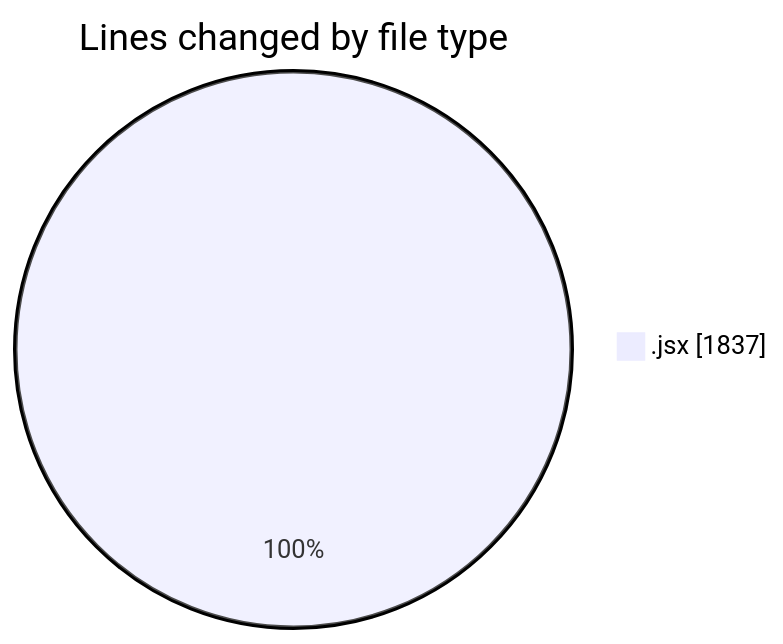
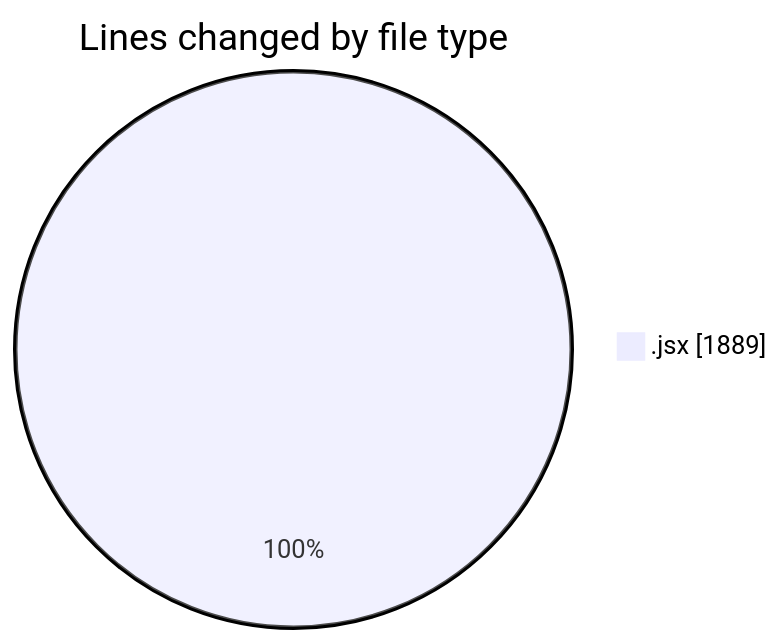
Before and after one commit to nxtqubesakshisongat/code-tracking: the first of 2 diagrams in 2025-08-22/nxtqube_webapp/README.md, drawn with Mermaid. The commit also changed other lines of this file and 1 other file, not shown here.

````diff
--- a/2025-08-22/nxtqube_webapp/README.md
+++ b/2025-08-22/nxtqube_webapp/README.md
@@ -20,5 +20,5 @@
 ```mermaid
 pie showData
 title Lines changed by file type
-".jsx" : 1837
+".jsx" : 1889
 ```
````
